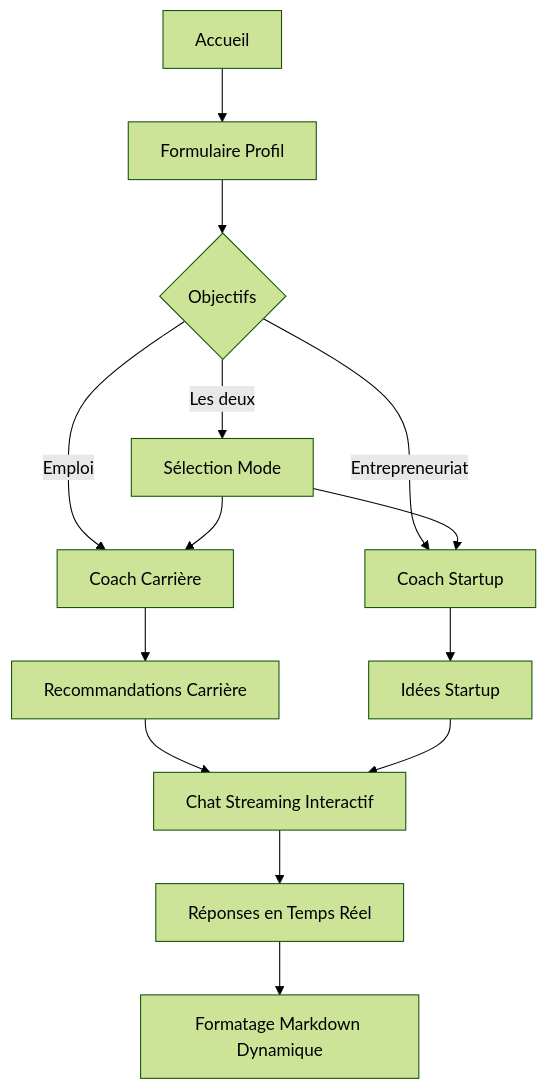
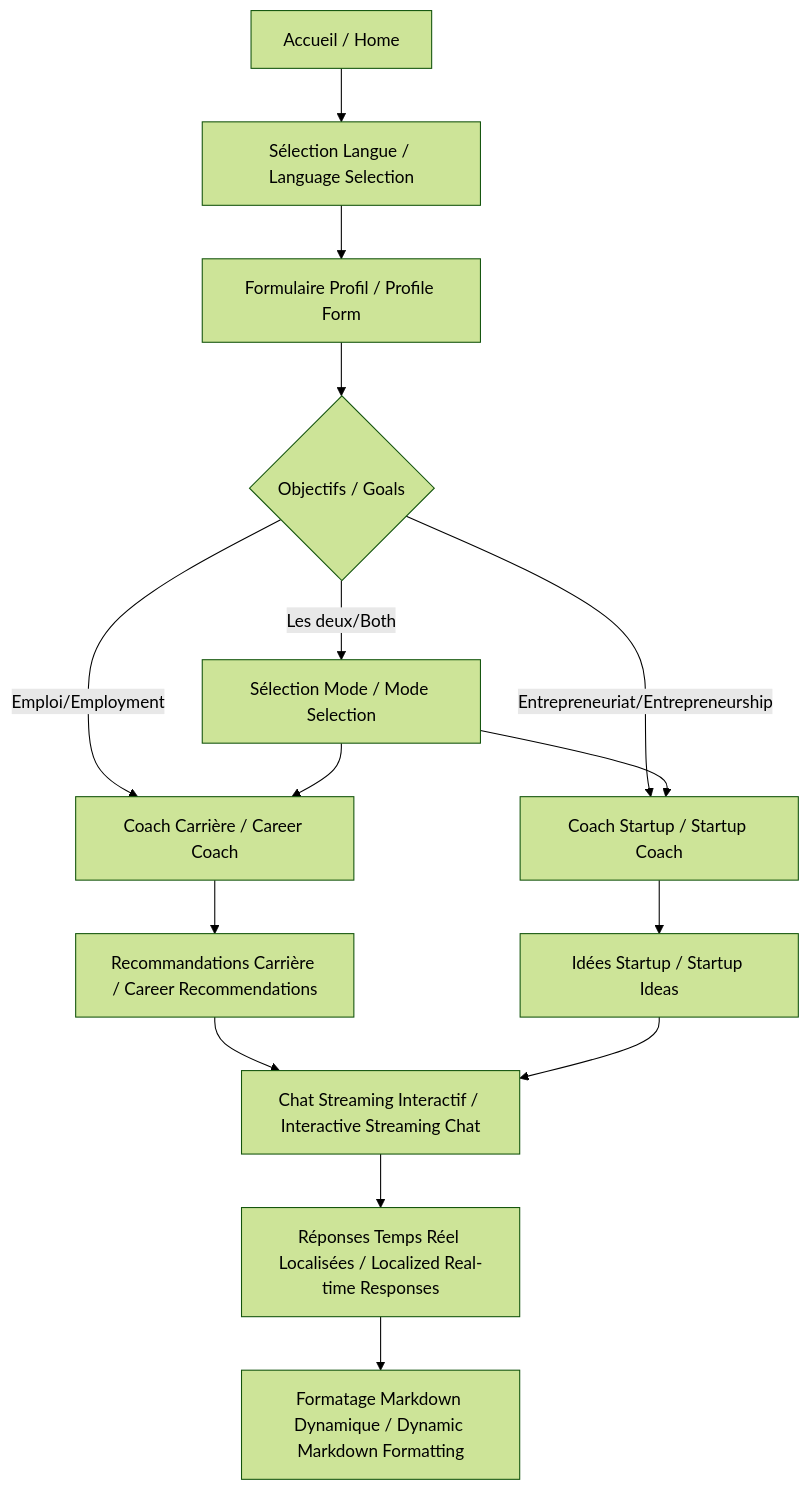
Before and after one commit to YoussoufHard/Dual_AI_Advisor: the second of 3 diagrams in README.md, drawn with Mermaid (forest theme). The commit also changed other lines of this file and 6 other files, not shown here.

````diff
--- a/README.md
+++ b/README.md
@@ -90,16 +159,17 @@
 ```mermaid
 graph TD
-    A[Accueil] --> B[Formulaire Profil]
-    B --> C{Objectifs}
-    C -->|Emploi| D[Coach Carrière]
-    C -->|Entrepreneuriat| E[Coach Startup]
-    C -->|Les deux| F[Sélection Mode]
-    F --> D
-    F --> E
-    D --> G[Recommandations Carrière]
-    E --> H[Idées Startup]
-    G --> I[Chat Streaming Interactif]
-    H --> I
-    I --> J[Réponses en Temps Réel]
-    J --> K[Formatage Markdown Dynamique]
+    A[Accueil / Home] --> B[Sélection Langue / Language Selection]
+    B --> C[Formulaire Profil / Profile Form]
+    C --> D{Objectifs / Goals}
+    D -->|Emploi/Employment| E[Coach Carrière / Career Coach]
+    D -->|Entrepreneuriat/Entrepreneurship| F[Coach Startup / Startup Coach]
+    D -->|Les deux/Both| G[Sélection Mode / Mode Selection]
+    G --> E
+    G --> F
+    E --> H[Recommandations Carrière / Career Recommendations]
+    F --> I[Idées Startup / Startup Ideas]
+    H --> J[Chat Streaming Interactif / Interactive Streaming Chat]
+    I --> J
+    J --> K[Réponses Temps Réel Localisées / Localized Real-time Responses]
+    K --> L[Formatage Markdown Dynamique / Dynamic Markdown Formatting]
 ```
````
